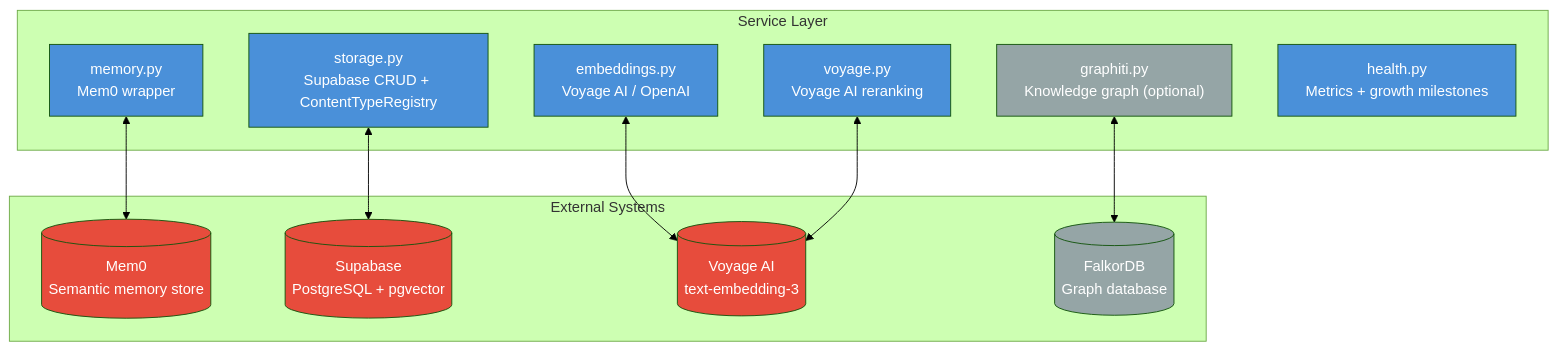
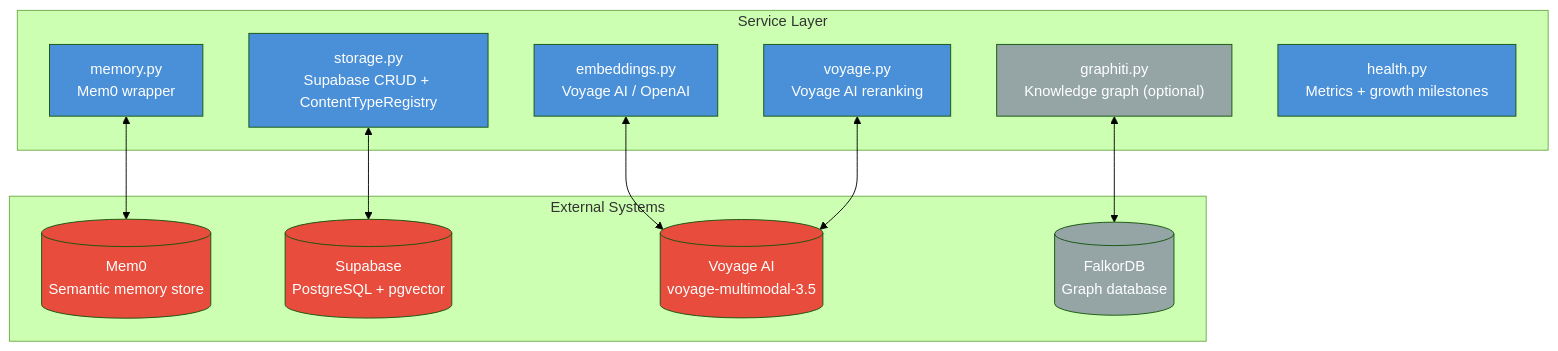
One commit to ryanjosebrosas/second-brain-ultimatum changed the fifth of 7 diagrams in README.md. Above: the diagram before and after it, drawn with Mermaid (forest theme). The commit also changed other lines of this file and 14 other files, not shown here.

````diff
--- a/README.md
+++ b/README.md
@@ -162,35 +165,35 @@
 ```mermaid
 graph TD
     subgraph "Service Layer"
         MS["memory.py<br/>Mem0 wrapper"]
         SS["storage.py<br/>Supabase CRUD + ContentTypeRegistry"]
         ES["embeddings.py<br/>Voyage AI / OpenAI"]
         VS["voyage.py<br/>Voyage AI reranking"]
         GS["graphiti.py<br/>Knowledge graph (optional)"]
         HS["health.py<br/>Metrics + growth milestones"]
     end
 
     subgraph "External Systems"
         MEM0[("Mem0<br/>Semantic memory store")]
         SB[("Supabase<br/>PostgreSQL + pgvector")]
-        VAI[("Voyage AI<br/>text-embedding-3")]
+        VAI[("Voyage AI<br/>voyage-multimodal-3.5")]
         FK[("FalkorDB<br/>Graph database")]
     end
 
     MS <--> MEM0
     SS <--> SB
     ES <--> VAI
     VS <--> VAI
     GS <--> FK
 
     style MS fill:#4a90d9,color:#fff
     style SS fill:#4a90d9,color:#fff
     style ES fill:#4a90d9,color:#fff
     style VS fill:#4a90d9,color:#fff
     style GS fill:#95a5a6,color:#fff
     style HS fill:#4a90d9,color:#fff
     style MEM0 fill:#e74c3c,color:#fff
     style SB fill:#e74c3c,color:#fff
     style VAI fill:#e74c3c,color:#fff
     style FK fill:#95a5a6,color:#fff
 ```
````
